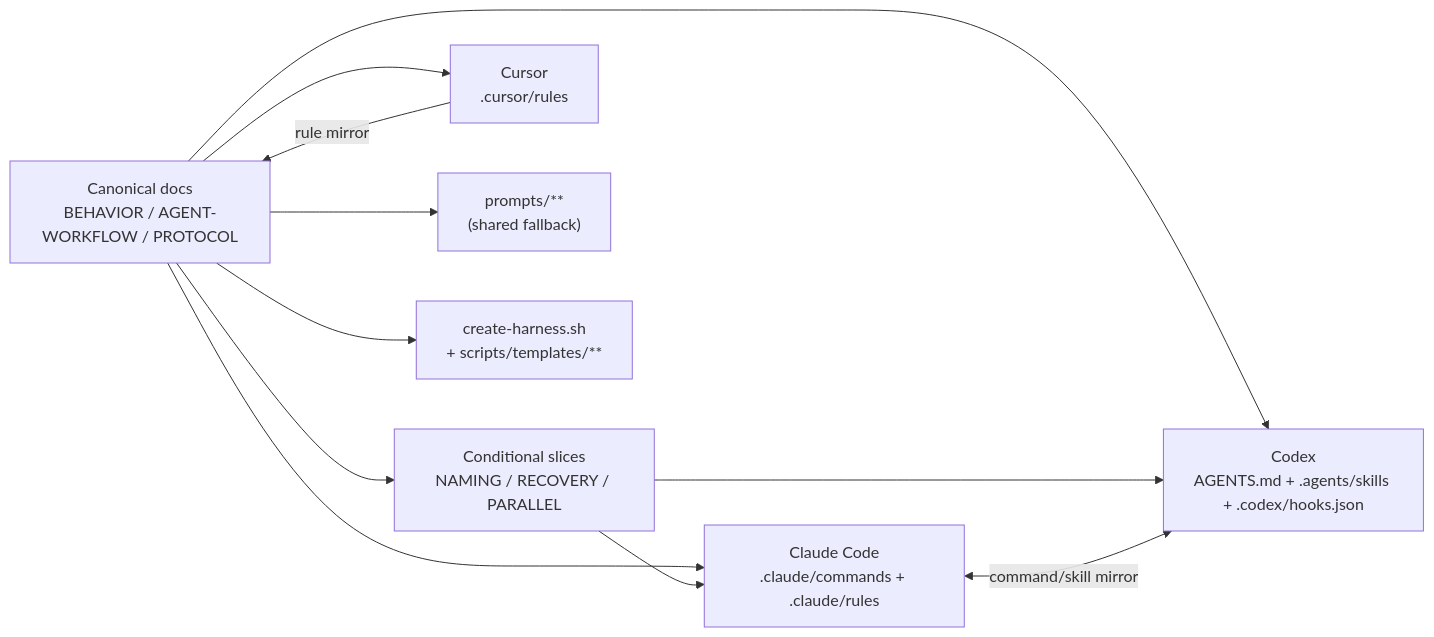
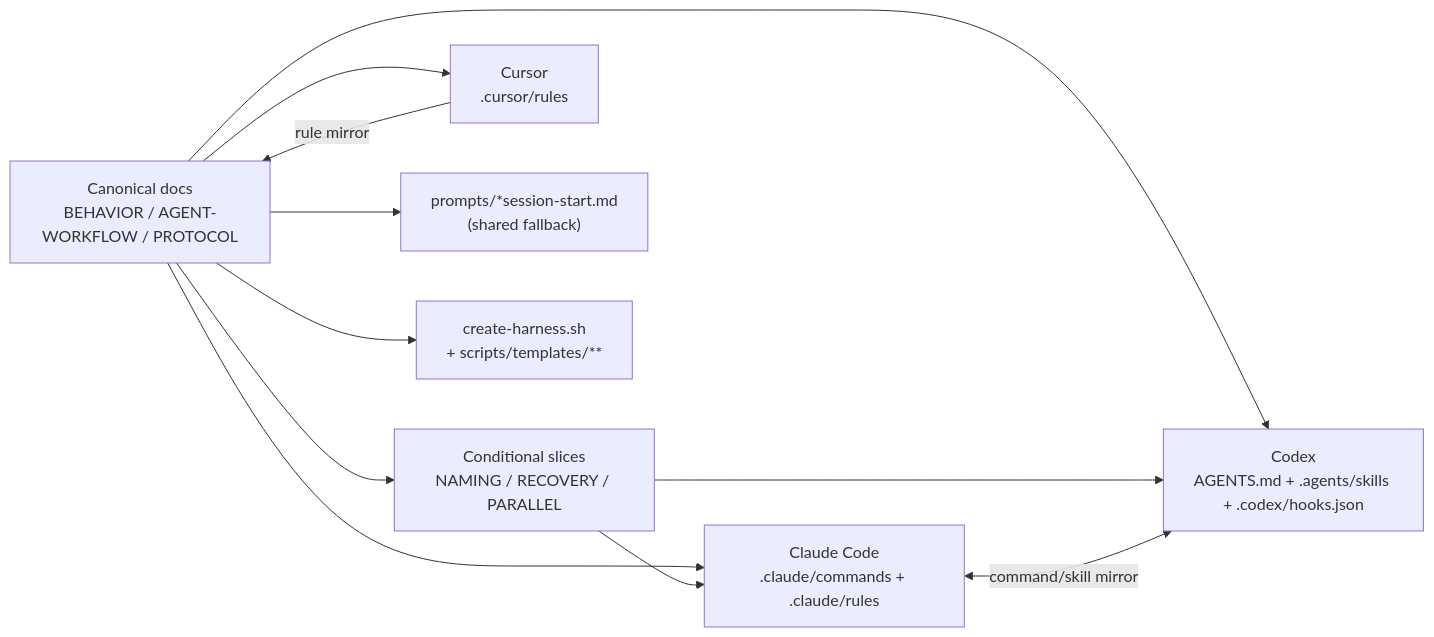
One commit to kyungseo/ai-workflow-harness changed the fourth of 9 diagrams in docs/HARNESS-ARCHITECTURE.md. Above: the diagram before and after it, drawn with Mermaid. The commit also changed other lines of this file and 36 other files, not shown here.

````diff
--- a/docs/HARNESS-ARCHITECTURE.md
+++ b/docs/HARNESS-ARCHITECTURE.md
@@ -151,21 +151,21 @@
 ```mermaid
 graph LR
     CANON["Canonical docs\nBEHAVIOR / AGENT-WORKFLOW / PROTOCOL"]
     SLICES["Conditional slices\nNAMING / RECOVERY / PARALLEL"]
     CLAUDE["Claude Code\n.claude/commands + .claude/rules"]
     CODEX["Codex\nAGENTS.md + .agents/skills + .codex/hooks.json"]
     CURSOR["Cursor\n.cursor/rules"]
-    PROMPTS["prompts/**\n(shared fallback)"]
+    PROMPTS["prompts/*session-start.md\n(shared fallback)"]
     SCAFFOLD["create-harness.sh\n+ scripts/templates/**"]
 
     CANON --> CLAUDE
     CANON --> CODEX
     CANON --> CURSOR
     CANON --> PROMPTS
     CANON --> SCAFFOLD
     CANON --> SLICES
     SLICES --> CLAUDE
     SLICES --> CODEX
     CLAUDE <-->|"command/skill mirror"| CODEX
     CURSOR -->|"rule mirror"| CANON
 ```
````
